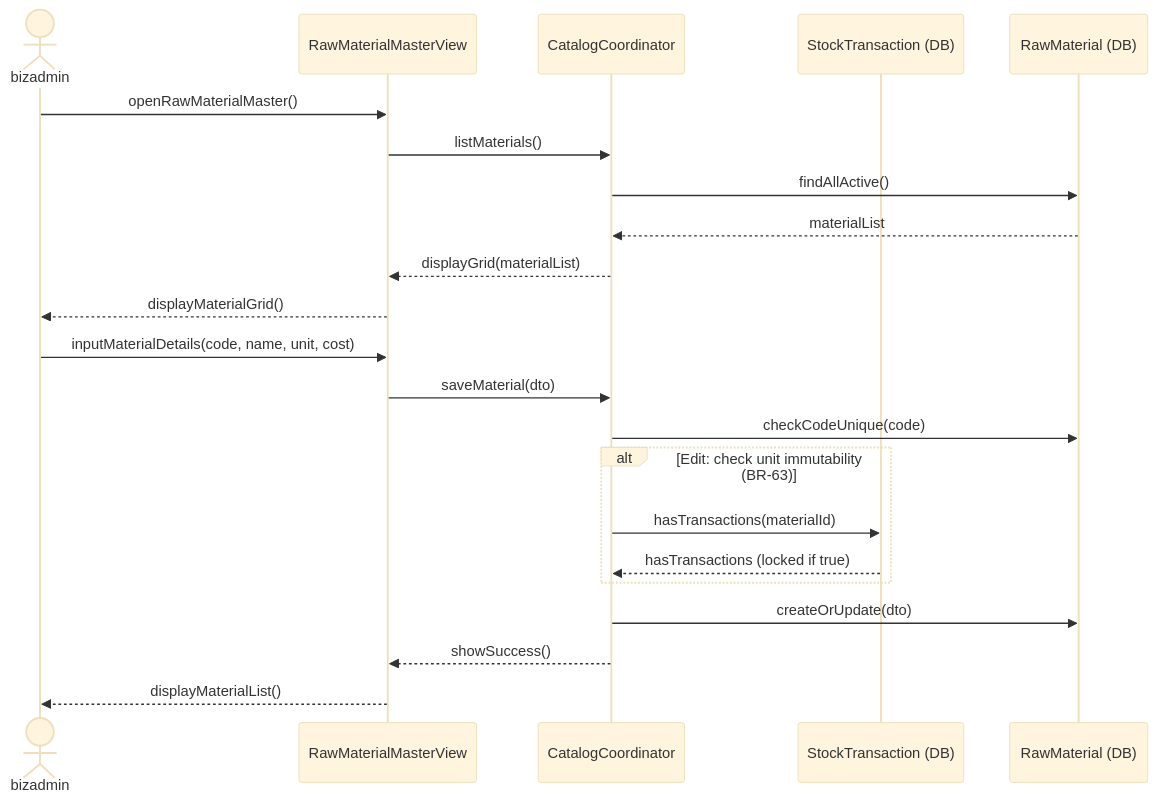
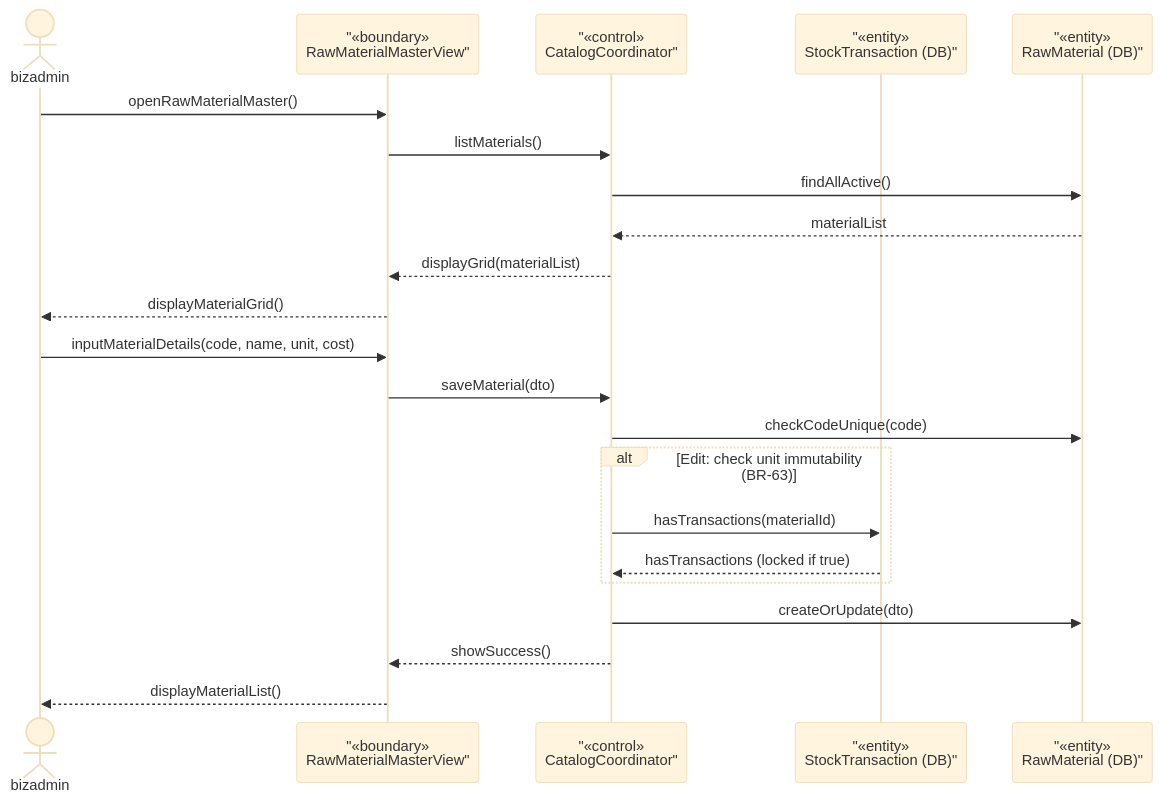
The fifth of 5 diagrams in rds_sections/06_detailed_3_3_menu_category.md (Shaichi/Khoga_coffe_shop), drawn with Mermaid (base theme) before and after one commit. The commit also changed other lines of this file and 13 other files, not shown here.

````diff
--- a/rds_sections/06_detailed_3_3_menu_category.md
+++ b/rds_sections/06_detailed_3_3_menu_category.md
@@ -225,28 +225,28 @@
 ```mermaid
 sequenceDiagram
     actor bizadmin
-    participant MatView as RawMaterialMasterView
-    participant CatalogCoord as CatalogCoordinator
-    participant StockTxDB as StockTransaction (DB)
-    participant MatDB as RawMaterial (DB)
+participant MatView as "«boundary»<br/>RawMaterialMasterView"
+participant CatalogCoord as "«control»<br/>CatalogCoordinator"
+participant StockTxDB as "«entity»<br/>StockTransaction (DB)"
+participant MatDB as "«entity»<br/>RawMaterial (DB)"
 
     bizadmin->>MatView: openRawMaterialMaster()
     MatView->>CatalogCoord: listMaterials()
     CatalogCoord->>MatDB: findAllActive()
     MatDB-->>CatalogCoord: materialList
     CatalogCoord-->>MatView: displayGrid(materialList)
     MatView-->>bizadmin: displayMaterialGrid()
 
     bizadmin->>MatView: inputMaterialDetails(code, name, unit, cost)
     MatView->>CatalogCoord: saveMaterial(dto)
     CatalogCoord->>MatDB: checkCodeUnique(code)
 
     alt Edit: check unit immutability (BR-63)
         CatalogCoord->>StockTxDB: hasTransactions(materialId)
         StockTxDB-->>CatalogCoord: hasTransactions (locked if true)
     end
 
     CatalogCoord->>MatDB: createOrUpdate(dto)
     CatalogCoord-->>MatView: showSuccess()
     MatView-->>bizadmin: displayMaterialList()
 ```
````
